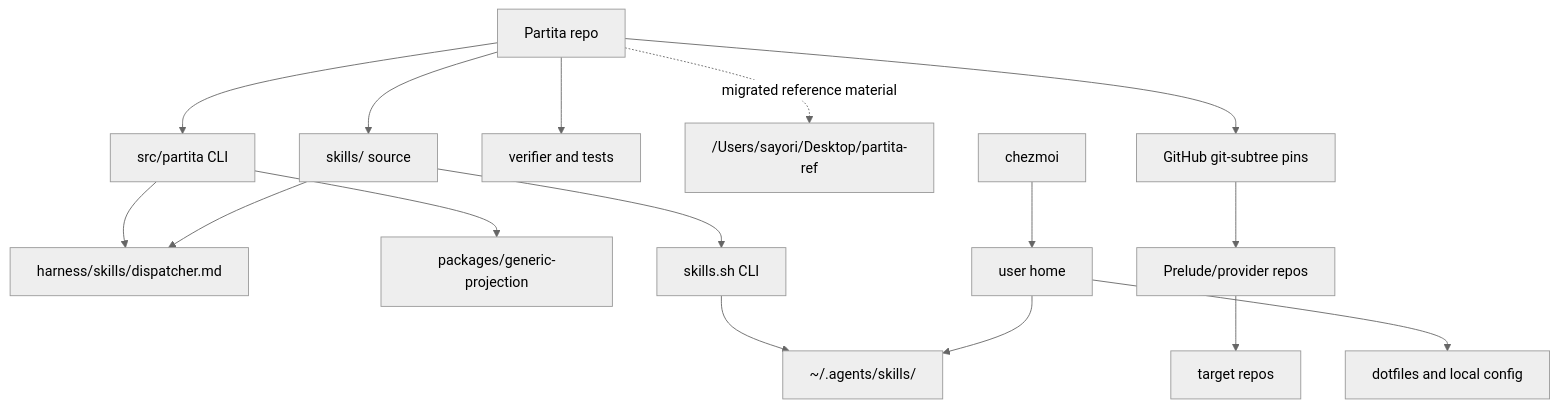
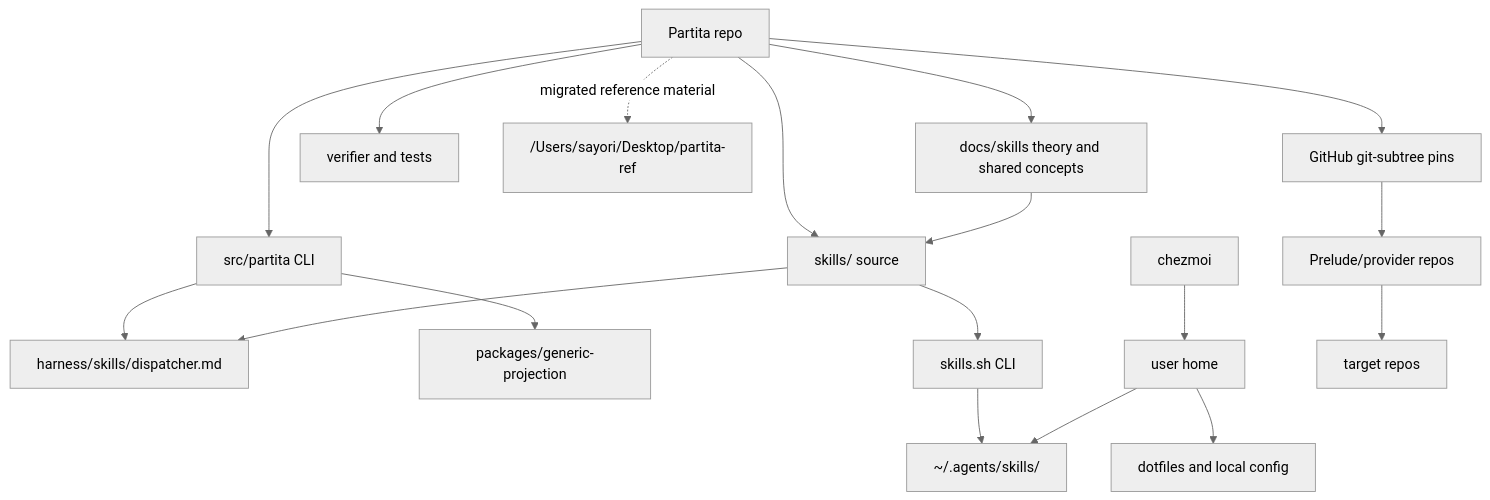
One commit to sayoriqwq/partita changed the diagram in MIGRATION.md. Above: the diagram before and after it, drawn with Mermaid (neutral theme). The commit also changed other lines of this file and 22 other files, not shown here.

````diff
--- a/MIGRATION.md
+++ b/MIGRATION.md
@@ -45,36 +45,39 @@
 ```mermaid
 flowchart TD
   P["Partita repo"]
   S["skills/ source"]
+  DOC["docs/skills theory and shared concepts"]
   C["src/partita CLI"]
   V["verifier and tests"]
   D["harness/skills/dispatcher.md"]
   GP["packages/generic-projection"]
   REF["/Users/sayori/Desktop/partita-ref"]
   SH["skills.sh CLI"]
   CH["chezmoi"]
   HOME["user home"]
   RT["~/.agents/skills/<name>"]
   DOT["dotfiles and local config"]
   PIN["GitHub git-subtree pins"]
   PRE["Prelude/provider repos"]
   T["target repos"]
 
   P --> S
+  P --> DOC
   P --> C
   P --> V
   C --> D
   S --> D
+  DOC --> S
   C --> GP
   P -. "migrated reference material" .-> REF
   P --> PIN
 
   S --> SH
   SH --> RT
   CH --> HOME
   HOME --> DOT
   HOME --> RT
 
   PRE --> T
   PIN --> PRE
 ```
````
